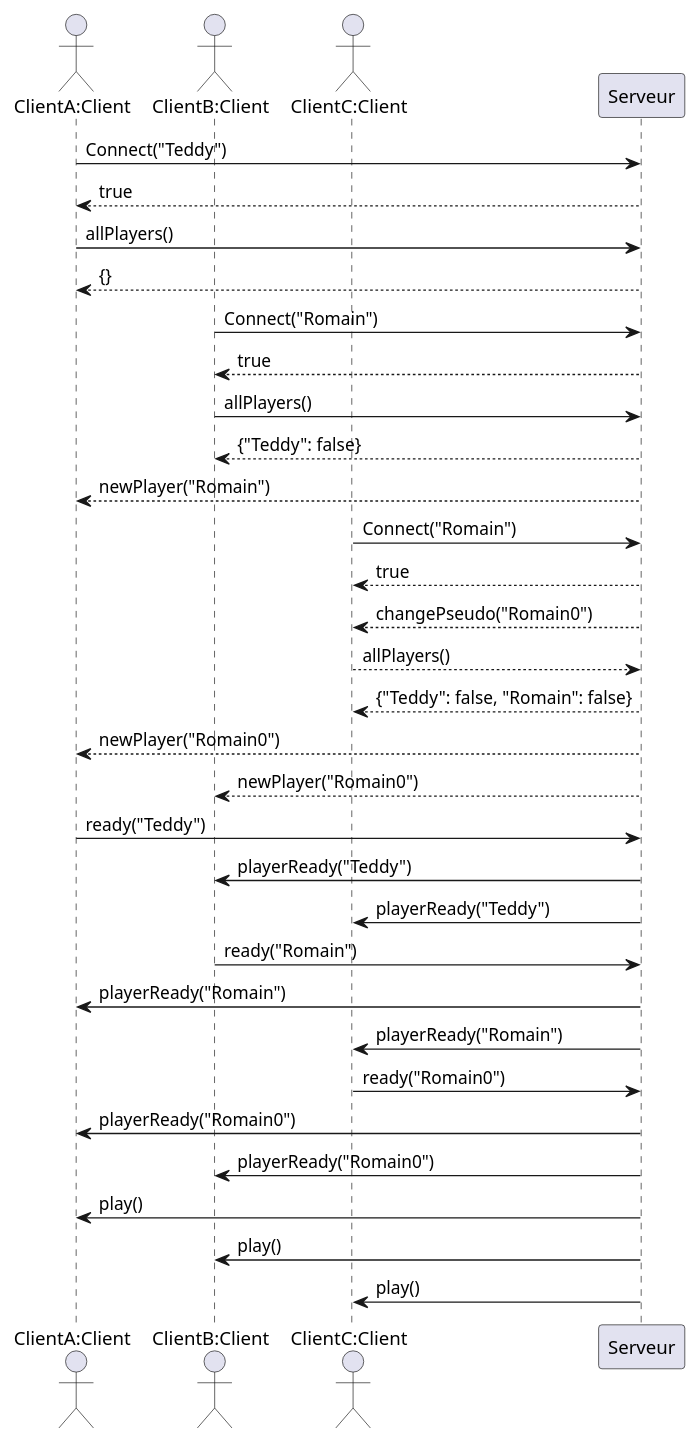
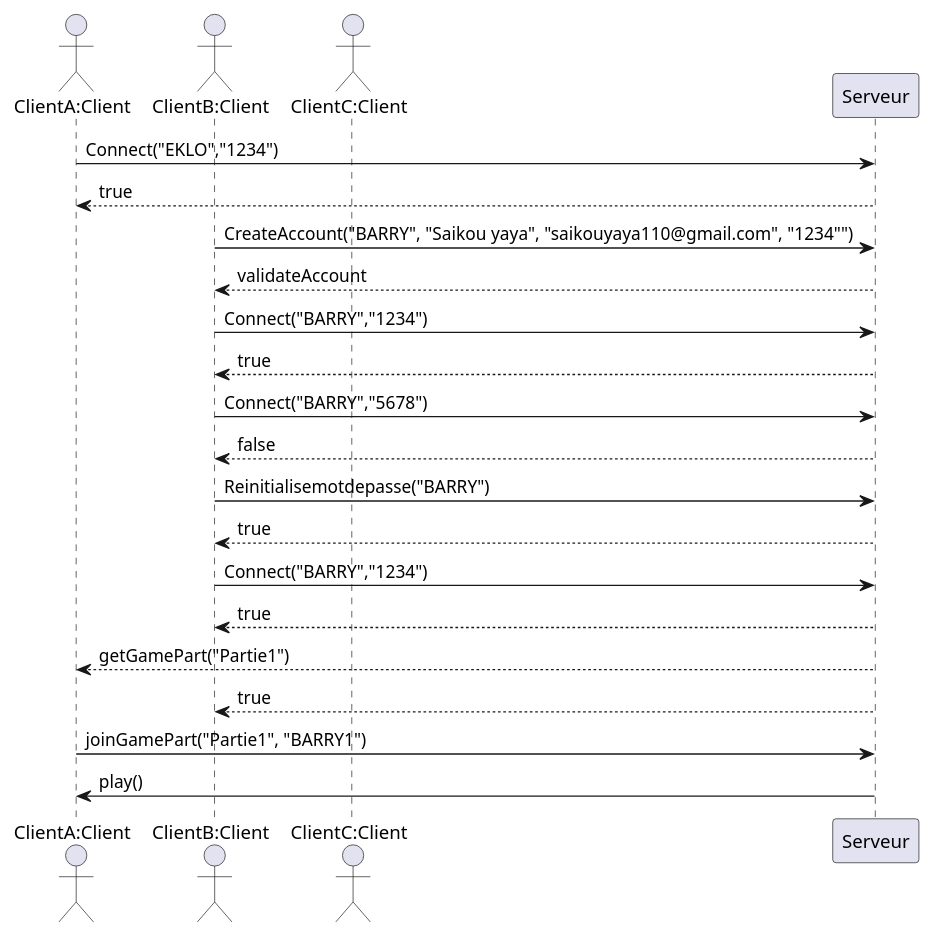
Diagram 13 of 15 in trivial-doc/modules/development/pages/composants.adoc (sybarry/Trivial_Pursuit_CL), drawn with PlantUML before and after one commit. The commit also changed other lines of this file, not shown here.

```diff
--- a/trivial-doc/modules/development/pages/composants.adoc
+++ b/trivial-doc/modules/development/pages/composants.adoc
@@ -356,50 +356,34 @@
 [plantuml]
 ....
 @startuml
 
 actor "ClientA:Client" as C1
 actor "ClientB:Client" as C2
 actor "ClientC:Client" as C3
 
-C1 -> Serveur: Connect("Teddy")
+C1 -> Serveur: Connect("EKLO","1234")
 Serveur --> C1 : true
-C1 -> Serveur: allPlayers()
-Serveur --> C1: {}
+C2 -> Serveur: CreateAccount("BARRY", "Saikou yaya", "saikouyaya110@gmail.com", "1234"")
+Serveur --> C2 : validateAccount
 
 
-C2 -> Serveur: Connect("Romain")
+C2 -> Serveur: Connect("BARRY","1234")
 Serveur --> C2 : true
-C2 -> Serveur : allPlayers()
-Serveur --> C2 : {"Teddy": false}
 
-Serveur --> C1 : newPlayer("Romain")
+C2 -> Serveur: Connect("BARRY","5678")
+Serveur --> C2 : false
 
+C2 -> Serveur : Reinitialisemotdepasse("BARRY")
+Serveur --> C2 : true
 
-C3 -> Serveur: Connect("Romain")
-Serveur --> C3 : true
-Serveur --> C3 : changePseudo("Romain0")
-C3 --> Serveur : allPlayers()
-Serveur --> C3 : {"Teddy": false, "Romain": false}
+C2 -> Serveur: Connect("BARRY","1234")
+Serveur --> C2 : true
 
-Serveur --> C1 : newPlayer("Romain0")
-Serveur --> C2 : newPlayer("Romain0")
-
-C1 -> Serveur: ready("Teddy")
-Serveur -> C2 : playerReady("Teddy")
-Serveur -> C3 : playerReady("Teddy")
-
-C2 -> Serveur: ready("Romain")
-Serveur -> C1 : playerReady("Romain")
-Serveur -> C3 : playerReady("Romain")
-
-C3 -> Serveur: ready("Romain0")
-Serveur -> C1 : playerReady("Romain0")
-Serveur -> C2 : playerReady("Romain0")
-
+Serveur --> C1: getGamePart("Partie1")
+Serveur --> C2 : true
+C1 -> Serveur: joinGamePart("Partie1", "BARRY1")
 
 Serveur -> C1 : play()
-Serveur -> C2 : play()
-Serveur -> C3 : play()
 
 @enduml
 ....
```
